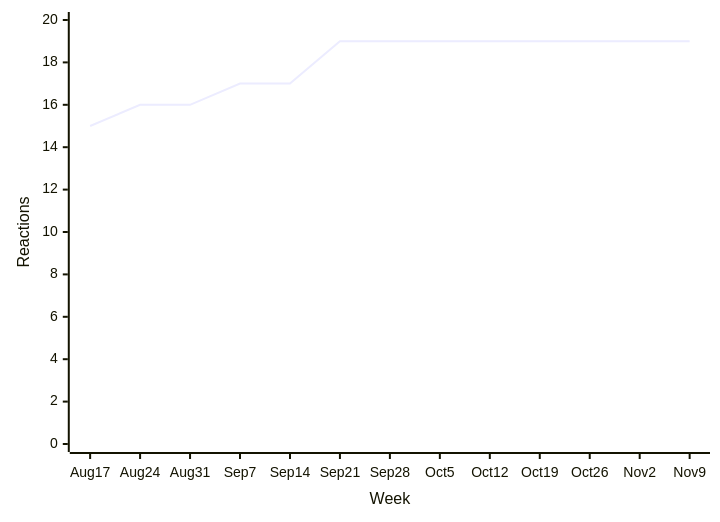
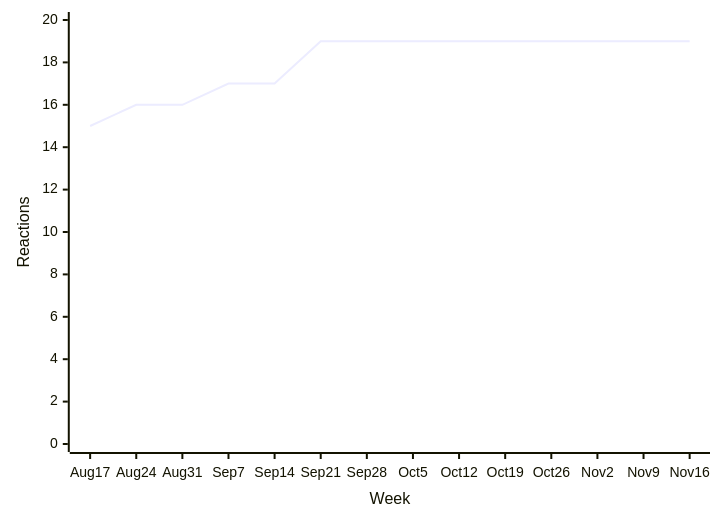
Before and after one commit to loic-sharma/github-insights: the sixth of 38 diagrams in README.md, drawn with Mermaid. The commit also changed other lines of this file and 3 other files, not shown here.

````diff
--- a/README.md
+++ b/README.md
@@ -409,6 +409,6 @@
   ```mermaid
   xychart-beta
-    x-axis "Week" [Aug 17, Aug 24, Aug 31, Sep 7, Sep 14, Sep 21, Sep 28, Oct 5, Oct 12, Oct 19, Oct 26, Nov 2, Nov 9]
+    x-axis "Week" [Aug 17, Aug 24, Aug 31, Sep 7, Sep 14, Sep 21, Sep 28, Oct 5, Oct 12, Oct 19, Oct 26, Nov 2, Nov 9, Nov 16]
     y-axis "Reactions" 0 --> 20
-    line [15, 16, 16, 17, 17, 19, 19, 19, 19, 19, 19, 19, 19]
+    line [15, 16, 16, 17, 17, 19, 19, 19, 19, 19, 19, 19, 19, 19]
   ```
````
